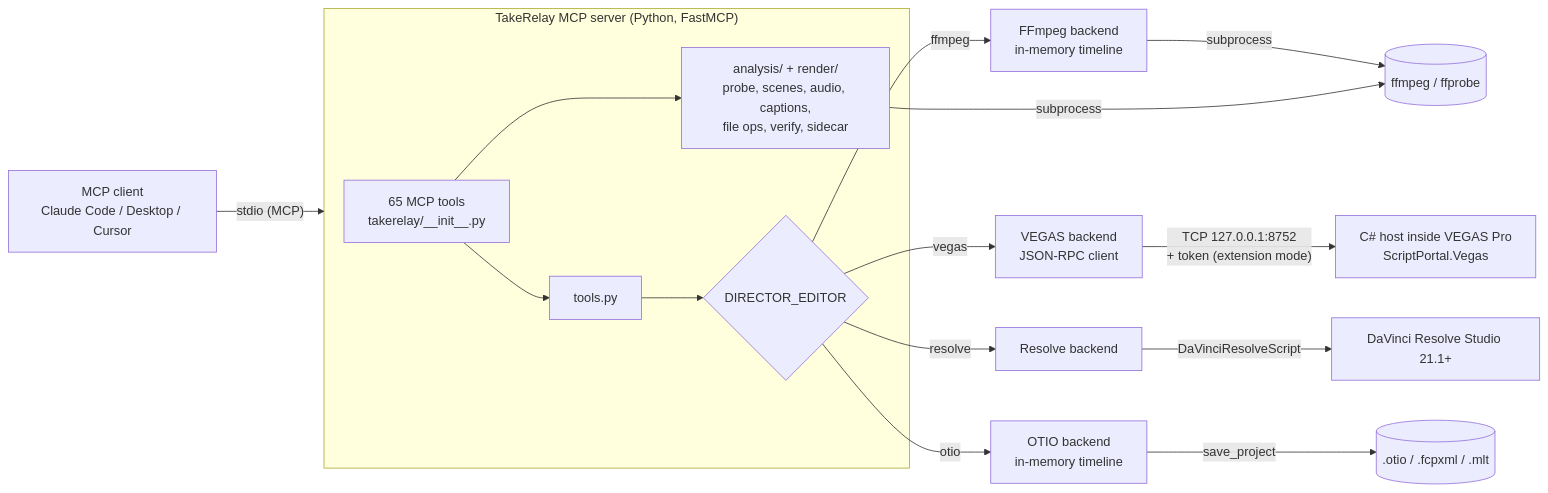
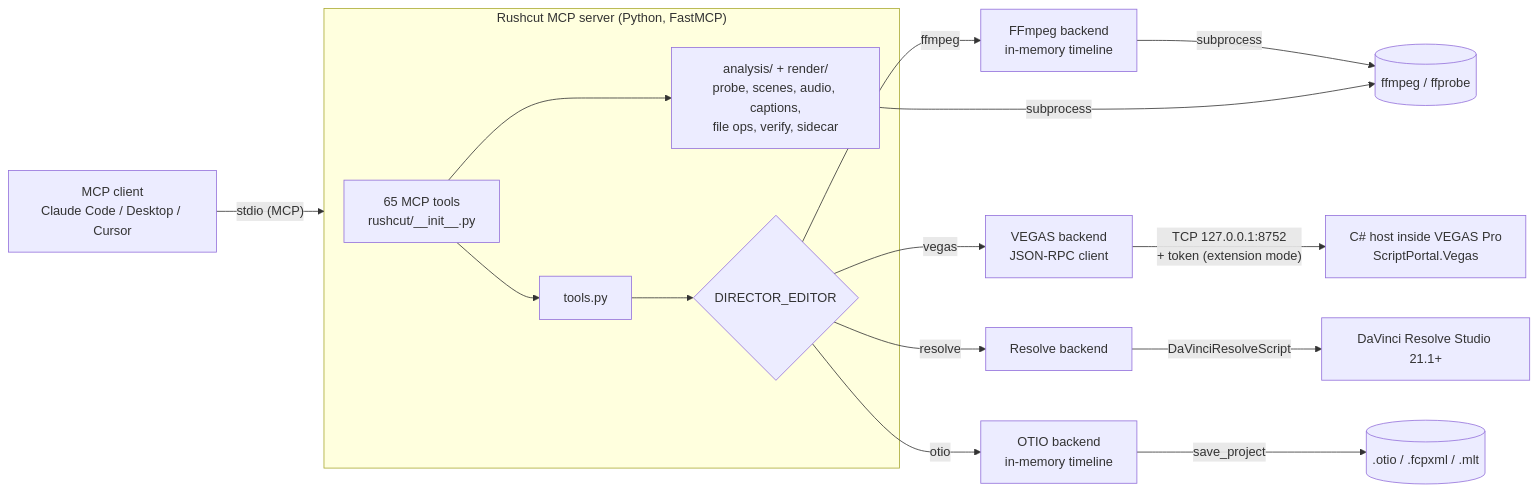
One commit to RFingAdam/vegas-director-mcp changed the diagram in README.md. Above: the diagram before and after it, drawn with Mermaid. The commit also changed other lines of this file and 57 other files, not shown here.

First line of the commit message:
Rename TakeRelay to Rushcut MCP

````diff
--- a/README.md
+++ b/README.md
@@ -217,21 +214,21 @@
 ```mermaid
 flowchart LR
     client["MCP client<br/>Claude Code / Desktop / Cursor"] -- "stdio (MCP)" --> server
 
-    subgraph server["TakeRelay MCP server (Python, FastMCP)"]
-        tools["65 MCP tools<br/>takerelay/__init__.py"] --> facade["tools.py"]
+    subgraph server["Rushcut MCP server (Python, FastMCP)"]
+        tools["65 MCP tools<br/>rushcut/__init__.py"] --> facade["tools.py"]
         facade --> select{"DIRECTOR_EDITOR"}
         tools --> analysis["analysis/ + render/<br/>probe, scenes, audio, captions,<br/>file ops, verify, sidecar"]
     end
 
     select -- ffmpeg --> ff["FFmpeg backend<br/>in-memory timeline"]
     select -- vegas --> vg["VEGAS backend<br/>JSON-RPC client"]
     select -- resolve --> rs["Resolve backend"]
     select -- otio --> ot["OTIO backend<br/>in-memory timeline"]
 
     ff -- "subprocess" --> ffmpeg[("ffmpeg / ffprobe")]
     analysis -- "subprocess" --> ffmpeg
     vg -- "TCP 127.0.0.1:8752<br/>+ token (extension mode)" --> host["C# host inside VEGAS Pro<br/>ScriptPortal.Vegas"]
     rs -- "DaVinciResolveScript" --> resolve["DaVinci Resolve Studio 21.1+"]
     ot -- "save_project" --> files[(".otio / .fcpxml / .mlt")]
 ```
````
